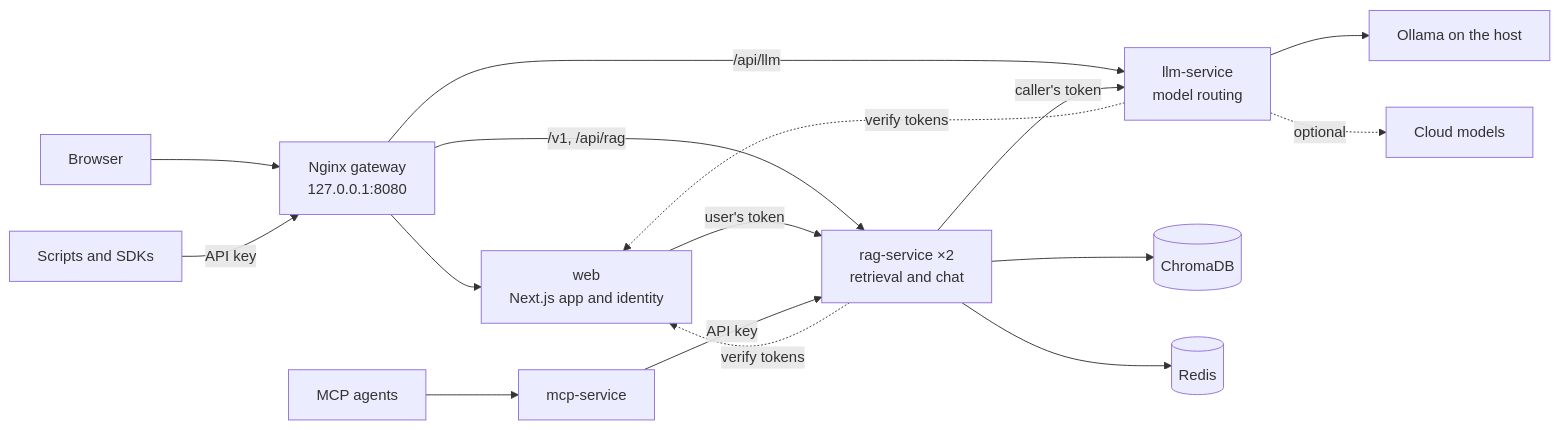
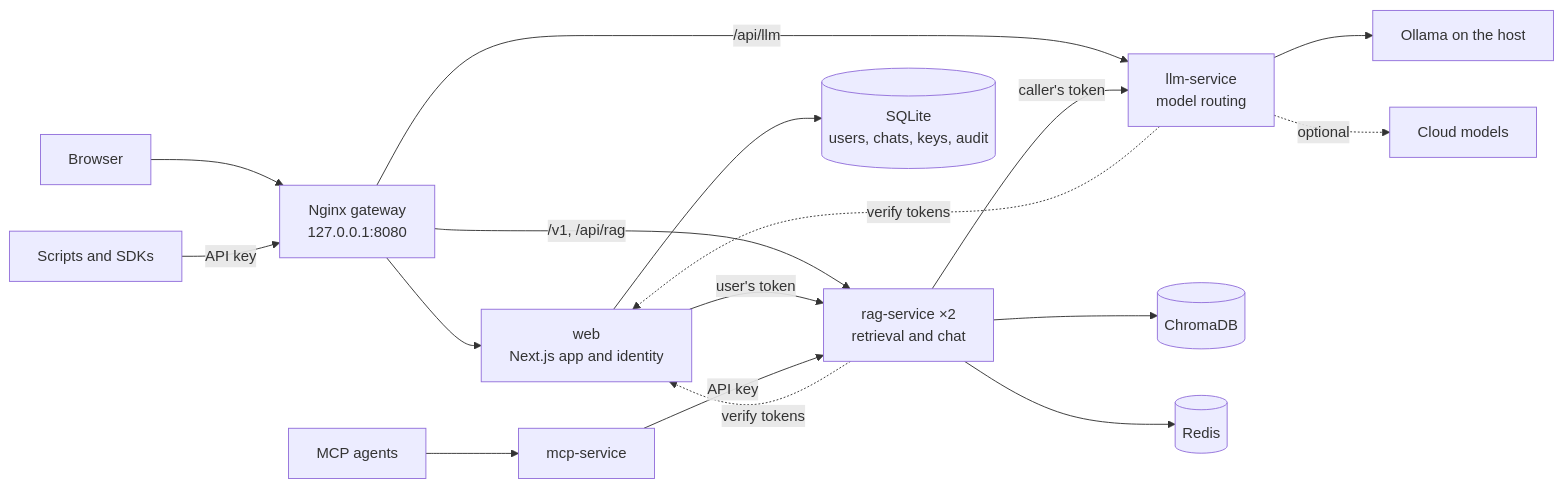
Before and after one commit to sameeralam3127/llm-dev-kit: the first of 2 diagrams in README.md, drawn with Mermaid. The commit also changed other lines of this file, not shown here.

First line of the commit message:
docs(readme): show where state lives and where the architecture is heading

````diff
--- a/README.md
+++ b/README.md
@@ -271,18 +271,19 @@
 ```mermaid
 flowchart LR
   B[Browser] --> GW
   S[Scripts and SDKs] -->|API key| GW
   A[MCP agents] --> MCP[mcp-service]
   GW[Nginx gateway<br/>127.0.0.1:8080] --> WEB[web<br/>Next.js app and identity]
   GW -->|/v1, /api/rag| RAG[rag-service ×2<br/>retrieval and chat]
   GW -->|/api/llm| LLM[llm-service<br/>model routing]
   WEB -->|user's token| RAG
+  WEB --> SQ[(SQLite<br/>users, chats, keys, audit)]
   MCP -->|API key| RAG
   RAG -->|caller's token| LLM
   RAG -.->|verify tokens| WEB
   LLM -.->|verify tokens| WEB
   RAG --> CH[(ChromaDB)]
   RAG --> RD[(Redis)]
   LLM --> OL[Ollama on the host]
   LLM -.->|optional| CL[Cloud models]
 ```
````
